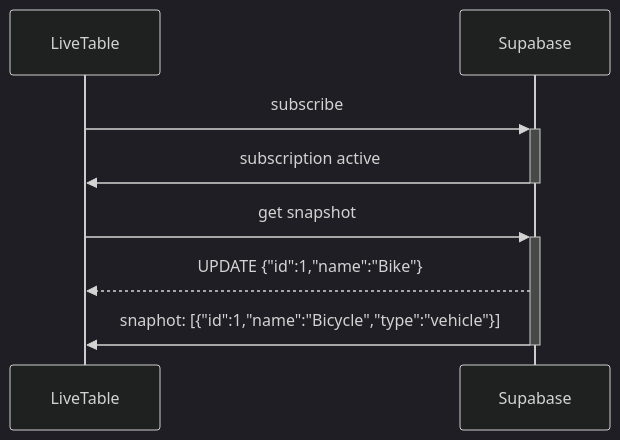
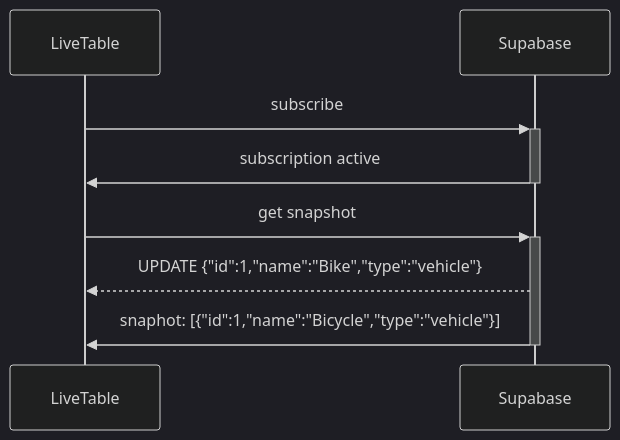
One commit to openartmarket/supabase-live-table changed the diagram in docs/skips-events-that-predate-the-snapshot.md. Above: the diagram before and after it, drawn with Mermaid (dark theme). The commit also changed 2 other files, not shown here.

````diff
--- a/docs/skips-events-that-predate-the-snapshot.md
+++ b/docs/skips-events-that-predate-the-snapshot.md
@@ -3,8 +3,8 @@
 ```mermaid
 sequenceDiagram
   LiveTable->>+Supabase: subscribe
   Supabase->>-LiveTable: subscription active
   LiveTable->>+Supabase: get snapshot
-  Supabase-->>LiveTable: UPDATE {"id":1,"name":"Bike"}
+  Supabase-->>LiveTable: UPDATE {"id":1,"name":"Bike","type":"vehicle"}
   Supabase->>-LiveTable: snaphot: [{"id":1,"name":"Bicycle","type":"vehicle"}]
 ```
````
